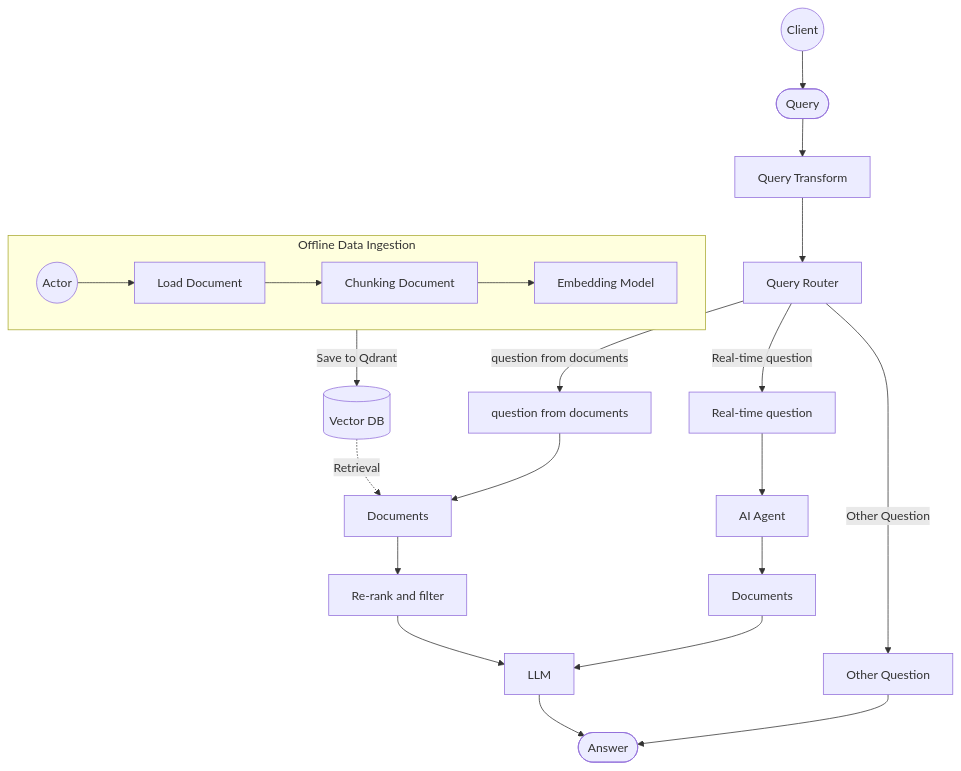
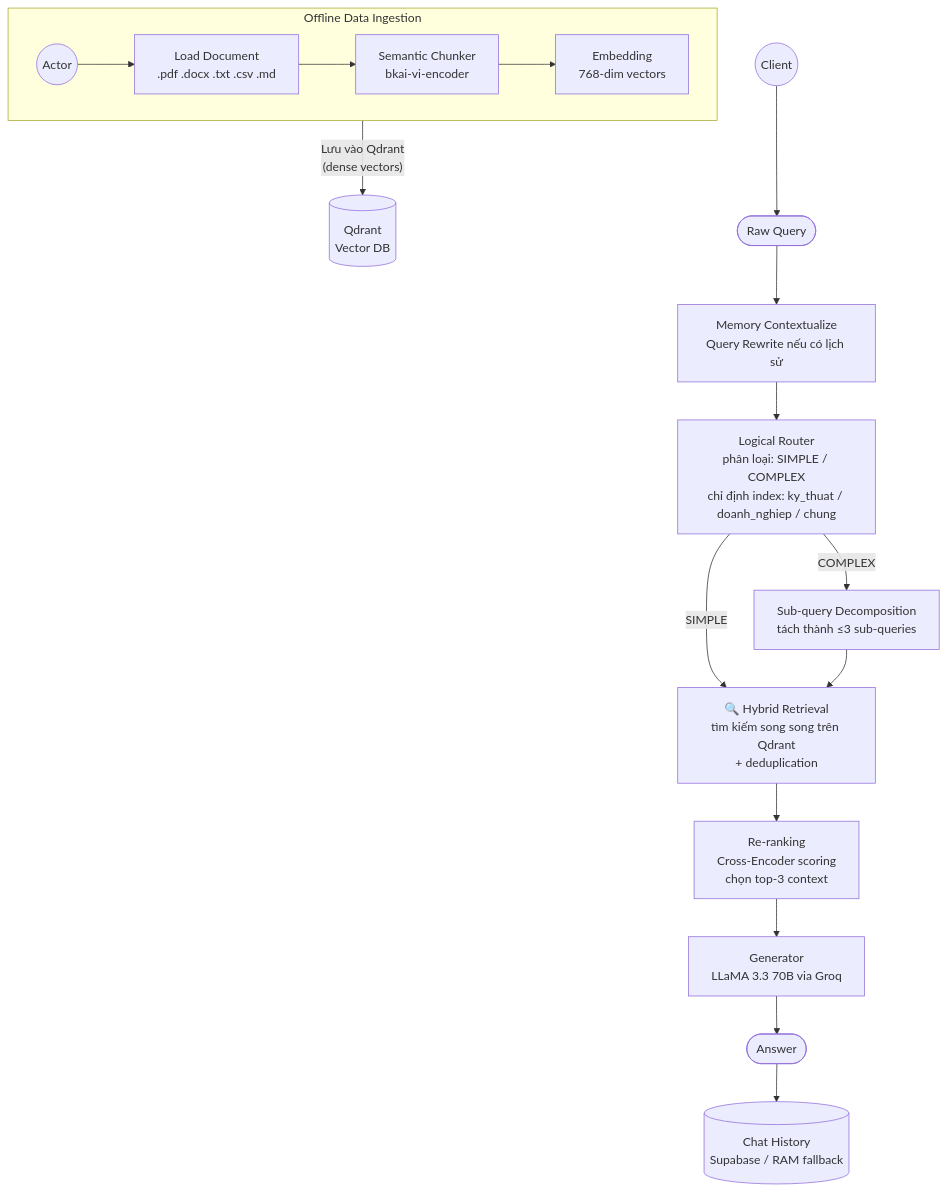
The diagram in README.md (DusTran0804/Rag_ChatBot), drawn with Mermaid before and after one commit. The commit also changed other lines of this file and 8 other files, not shown here.

````diff
--- a/README.md
+++ b/README.md
@@ -18,38 +23,29 @@
 ```mermaid
 flowchart TD
     %% Ingestion Pipeline
-    subgraph Ingestion [Offline Data Ingestion]
+    subgraph Ingestion ["Offline Data Ingestion"]
         direction LR
-        A1((Actor)) --> B1[Load Document]
-        B1 --> C1[Chunking Document]
-        C1 --> D1[Embedding Model]
+        A1((Actor)) --> B1[Load Document\n.pdf .docx .txt .csv .md]
+        B1 --> C1[Semantic Chunker\nbkai-vi-encoder]
+        C1 --> D1[Embedding\n768-dim vectors]
     end
 
-    D1 -- Save to Qdrant --> VDB[(Vector DB)]
+    D1 -- "Lưu vào Qdrant\n(dense vectors)" --> VDB[(Qdrant\nVector DB)]
 
     %% Query Pipeline
-    U1((Client)) --> Q1([Query])
-    
-    Q1 --> QT[Query Transform]
-    QT --> QR[Query Router]
-    
-    %% Routing
-    QR -- question from documents --> R1[question from documents]
-    QR -- Real-time question --> R2[Real-time question]
-    QR -- Other Question --> R3[Other Question]
-    
-    %% Branch 1: RAG Documents
-    R1 --> D2[Documents]
-    VDB -. Retrieval .-> D2
-    D2 --> RR[Re-rank and filter]
-    RR --> LLM[LLM]
-    
-    %% Branch 2: Real-time Search Agent
-    R2 --> AG[AI Agent]
-    AG --> D3[Documents]
-    D3 --> LLM
-    
-    %% Branch 3: Direct Answer
-    R3 --> ANS([Answer])
-    LLM --> ANS
+    U1((Client)) --> Q1([Raw Query])
+
+    Q1 --> MEM["Memory Contextualize\nQuery Rewrite nếu có lịch sử"]
+    MEM --> QR["Logical Router\nphân loại: SIMPLE / COMPLEX\nchỉ định index: ky_thuat / doanh_nghiep / chung"]
+
+    QR -- "SIMPLE" --> RET
+    QR -- "COMPLEX" --> QT["Sub-query Decomposition\ntách thành ≤3 sub-queries"]
+    QT --> RET
+
+    RET["🔍 Hybrid Retrieval\ntìm kiếm song song trên Qdrant\n+ deduplication"] --> RRK["Re-ranking\nCross-Encoder scoring\nchọn top-3 context"]
+
+    RRK --> GEN["Generator\nLLaMA 3.3 70B via Groq"]
+    GEN --> ANS([Answer])
+
+    ANS --> DB[("Chat History\nSupabase / RAM fallback")]
 ```
````
